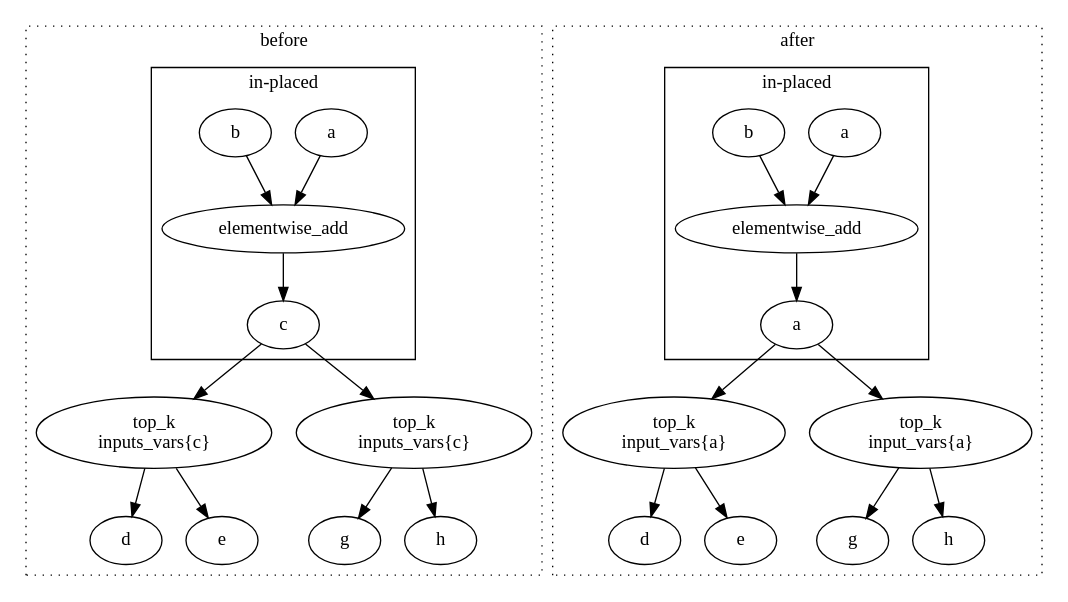
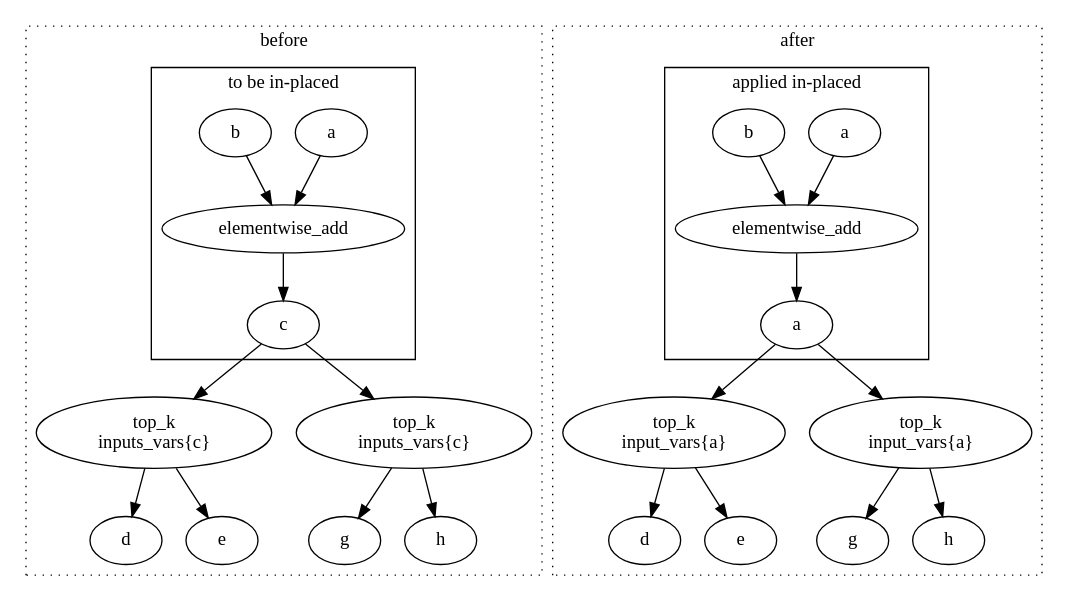
One commit to PaddlePaddle/docs changed the diagram in doc/fluid/design/mkldnn/inplace/scripts/multi-output-inplace.dot. Above: the diagram before and after it, drawn with Graphviz. The commit also changed 2 other files, not shown here.

```diff
--- a/doc/fluid/design/mkldnn/inplace/scripts/multi-output-inplace.dot
+++ b/doc/fluid/design/mkldnn/inplace/scripts/multi-output-inplace.dot
@@ -1,63 +1,63 @@
 digraph G {
 subgraph cluster_before {
   label="before"
   style=dotted
   op1[label="elementwise_add"]
   op2[label="top_k\ninputs_vars{c}"]
   op3[label="top_k\ninputs_vars{c}"]
   
   
   c[label="c"]
   
   subgraph cluster_0 {
   style=solid
-  label="in-placed"
+  label="to be in-placed"
   a -> op1
   b-> op1
   op1 -> c
   }
   
   
   c -> op2
   c -> op3 
   
   op2 -> d
   op2 -> e
   op3 -> g
   op3 -> h
 }
 subgraph cluster_after {
   label="after"
   style=dotted
   op1b[label="elementwise_add"]
   op2b[label="top_k\ninput_vars{a}"]
   op3b[label="top_k\ninput_vars{a}"]
   
   
   cb[label="a"]
   ab[label="a"]
   bb[label="b"]
   db[label="d"]
   eb[label="e"]
   gb[label="g"]
   hb[label="h"]
   
   subgraph cluster_0b {
   style=solid
-  label="in-placed"
+  label="applied in-placed"
   ab -> op1b
   bb-> op1b
   op1b -> cb
   }
   
   
   cb -> op2b
   cb -> op3b 
   
   op2b -> db
   op2b -> eb
   op3b -> gb
   op3b -> hb
 }
 
 }
```
